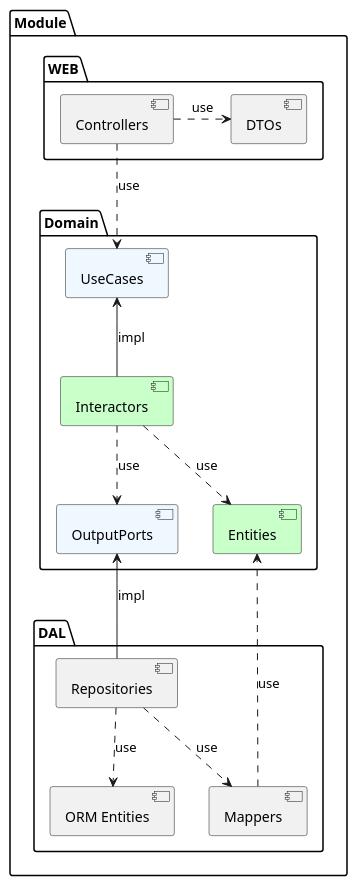
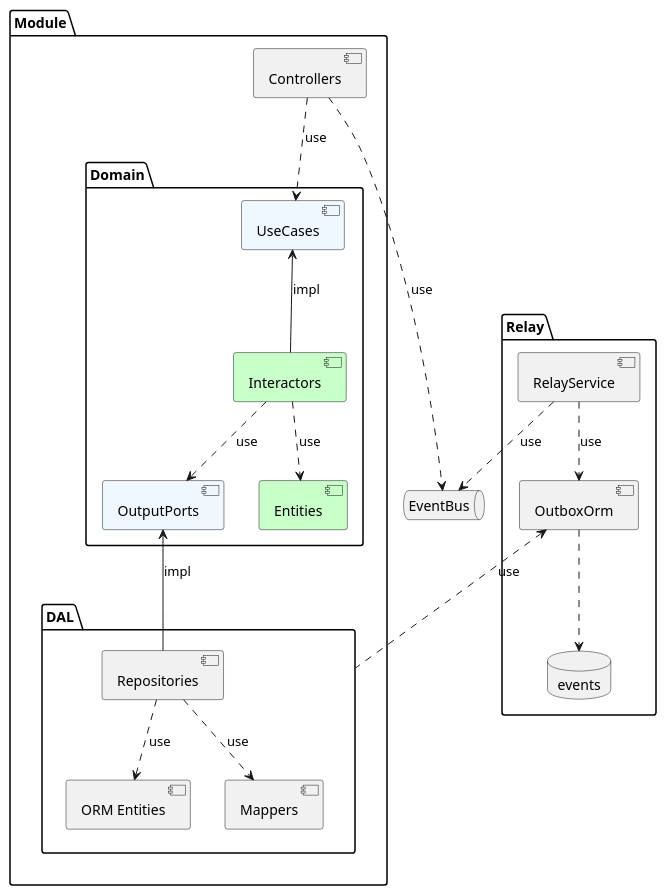
One commit to zhuravlevma/typescript-ddd-architecture changed the diagram in diagram.iuml. Above: the diagram before and after it, drawn with PlantUML.

Commit message:
fix: fix diagram

```diff
--- a/diagram.iuml
+++ b/diagram.iuml
@@ -1,31 +1,41 @@
 @startuml
 
 package "Module" {
 
 
 package "Domain" {
  component [UseCases] #AliceBlue
  component [Entities] #TECHNOLOGY
  component [OutputPorts] #AliceBlue
  component [Interactors] #TECHNOLOGY
 
  [Interactors] -up-> [UseCases] : impl
  [Interactors] .down.> [Entities] : use
  [Interactors] .down.> [OutputPorts] : use
 }
 
-package "WEB" {
-
 [Controllers] ..> [UseCases] : use
-[Controllers] .right.> [DTOs] : use
-}
 
 package "DAL" {
 [Repositories] -up-> [OutputPorts] : impl
 [Repositories] .down.> [ORM Entities] : use
 [Repositories] .down.> [Mappers] : use
-[Mappers] ..> Entities : use
 }
 }
 
+queue EventBus
+
+package "Relay" {
+ [RelayService] ..> [OutboxOrm] : use
+ [RelayService] ..> [EventBus] : use
+ [Controllers] ..> [EventBus] : use
+ [OutboxOrm] <.. [DAL] : use
+
+ database events
+
+ [OutboxOrm] ..> [events]
+
+}
+
+
 @enduml
```
